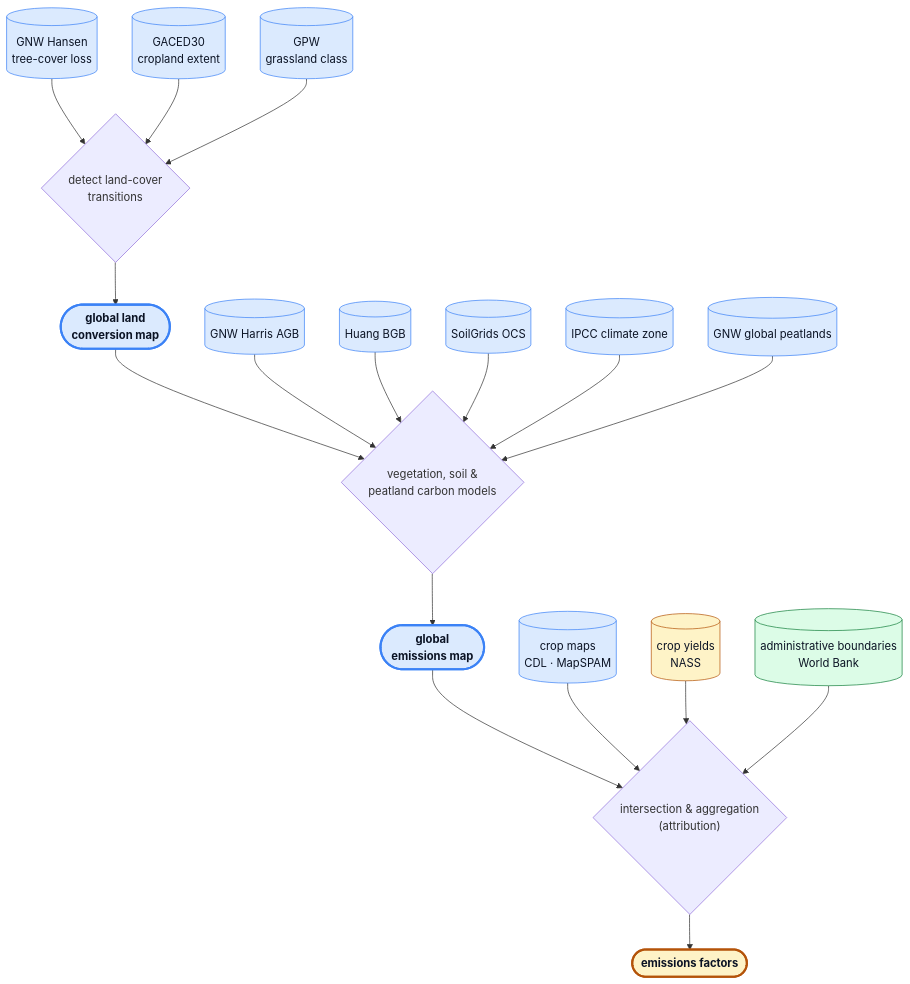
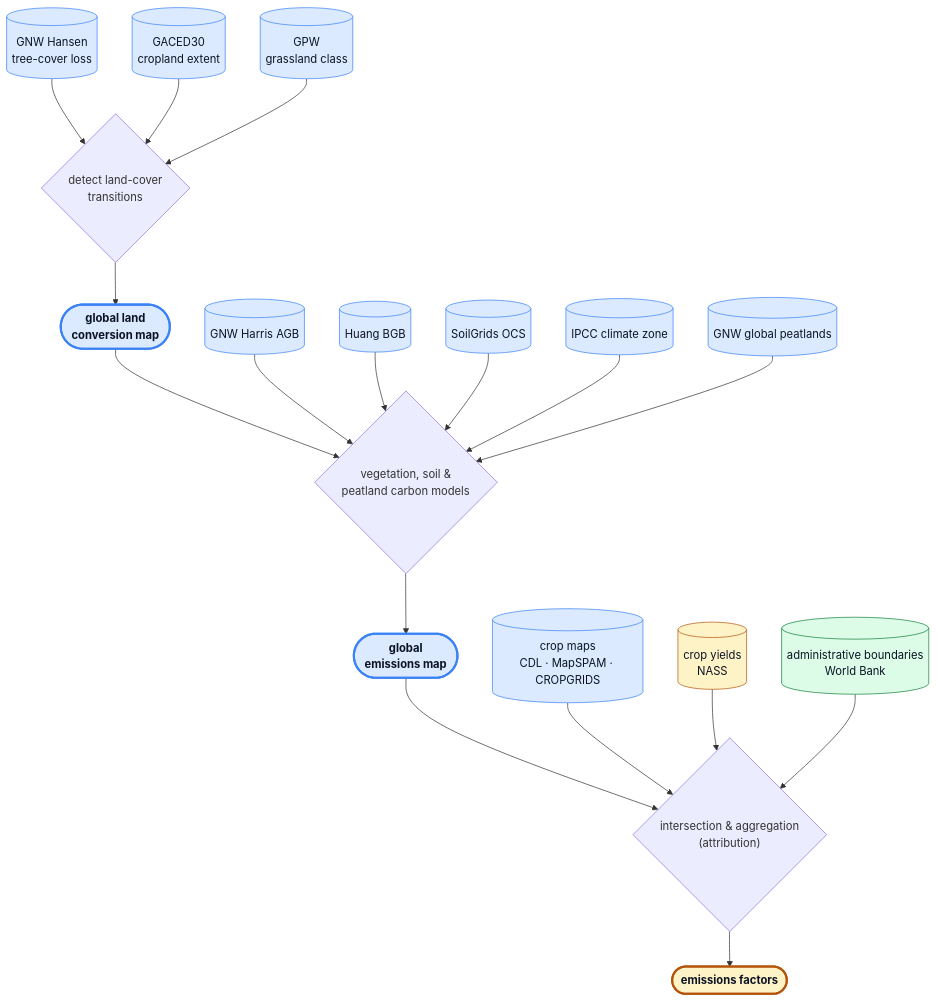
Before and after one commit to cornerstone-data/luc: the diagram in docs/methodology.md, drawn with Mermaid. The commit also changed other lines of this file and 17 other files, not shown here.

````diff
--- a/docs/methodology.md
+++ b/docs/methodology.md
@@ -22,39 +23,39 @@
 ```mermaid
 graph TD
   %% external datasets — cylinders
   tcl[(GNW Hansen<br/>tree-cover loss)]
   crop[(GACED30<br/>cropland extent)]
   grass[(GPW<br/>grassland class)]
   peat[(GNW global peatlands)]
   agb[(GNW Harris AGB)]
   bgb[(Huang BGB)]
   soc[(SoilGrids OCS)]
   clim[(IPCC climate zone)]
-  masks[(crop maps<br/>CDL · MapSPAM)]
+  masks[(crop maps<br/>CDL · MapSPAM · CROPGRIDS)]
   yields[(crop yields<br/>NASS)]
   jurr[(administrative boundaries<br/>World Bank)]
 
   %% logic — diamonds
   transition{"detect land-cover<br/>transitions"}
   heur{"vegetation, soil &<br/>peatland carbon models"}
   interagg{"intersection & aggregation<br/>(attribution)"}
 
   %% derived artifacts — stadiums
   lcmap([global land<br/>conversion map])
   emitmap([global<br/>emissions map])
   ef([emissions factors])
 
   tcl & crop & grass --> transition --> lcmap
   lcmap & agb & bgb & soc & clim & peat --> heur --> emitmap
   emitmap & masks & yields & jurr --> interagg --> ef
 
   classDef raster  fill:#dbeafe,stroke:#3b82f6,color:#0b1324;
   classDef tabular fill:#fef3c7,stroke:#b45309,color:#0b1324;
   classDef vector  fill:#dcfce7,stroke:#15803d,color:#0b1324;
   classDef derived stroke-width:3px,font-weight:bold;
 
   class tcl,crop,grass,peat,agb,bgb,soc,clim,masks,lcmap,emitmap raster;
   class yields,ef tabular;
   class jurr vector;
   class lcmap,emitmap,ef derived;
 ```
````
